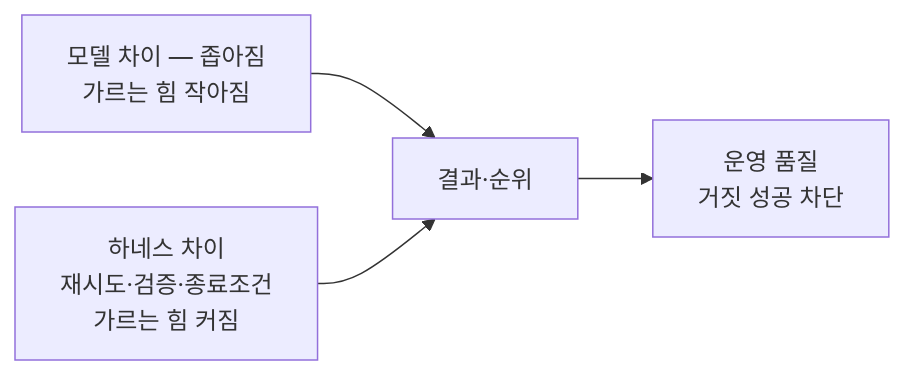
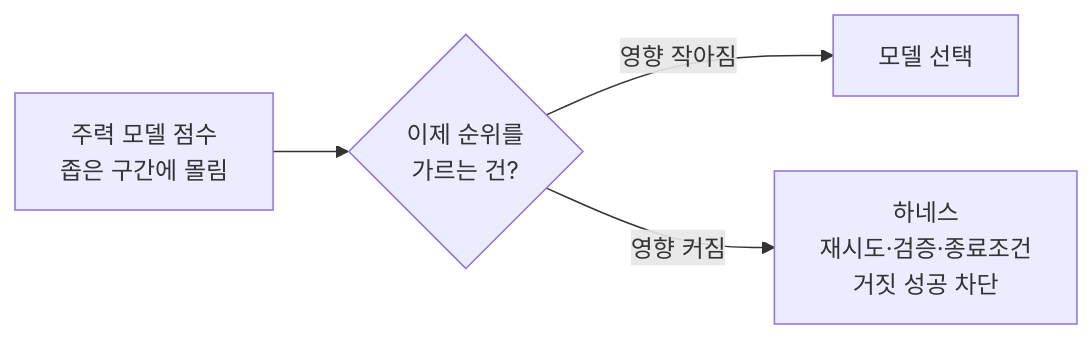
Before and after one commit to Yo-sure/deepagents-handson: the second of 7 diagrams in books/md/Chapter 1. Kick-off & Agent 패러다임.md, drawn with Mermaid. The commit also changed other lines of this file, not shown here.

Commit message:
Ch1: '가르는 힘' 순서도를 이동(모델↓/하네스↑)이 보이게 재구성 + 20B 사례 결과를 검증 수치로
- 개념도: 두 박스→결과 나열 대신 '점수 몰림→무엇이 순위를 가르나?→모델(작아짐)/하네스(커짐)' 분기
- 20B 심화 결과: 8개 벤치·curated recall 0.730·차순위 오픈 대비 +11.4·프런티어와 대등(웹검증 2606.02373)

Claude-Session: https://claude.ai/code/session_01FEFxSTFNXmVHiZsjwBUX7j

````diff
--- a/books/md/Chapter 1. Kick-off & Agent 패러다임.md
+++ b/books/md/Chapter 1. Kick-off & Agent 패러다임.md
@@ -137,6 +137,6 @@
 ```mermaid
 flowchart LR
-    M["모델 차이 — 좁아짐<br/>가르는 힘 작아짐"] --> R["결과·순위"]
-    H["하네스 차이<br/>재시도·검증·종료조건<br/>가르는 힘 커짐"] --> R
-    R --> O["운영 품질<br/>거짓 성공 차단"]
+    A["주력 모델 점수<br/>좁은 구간에 몰림"] --> Q{"이제 순위를<br/>가르는 건?"}
+    Q -->|"영향 작아짐"| M["모델 선택"]
+    Q -->|"영향 커짐"| H["하네스<br/>재시도·검증·종료조건<br/>거짓 성공 차단"]
 ```
````
